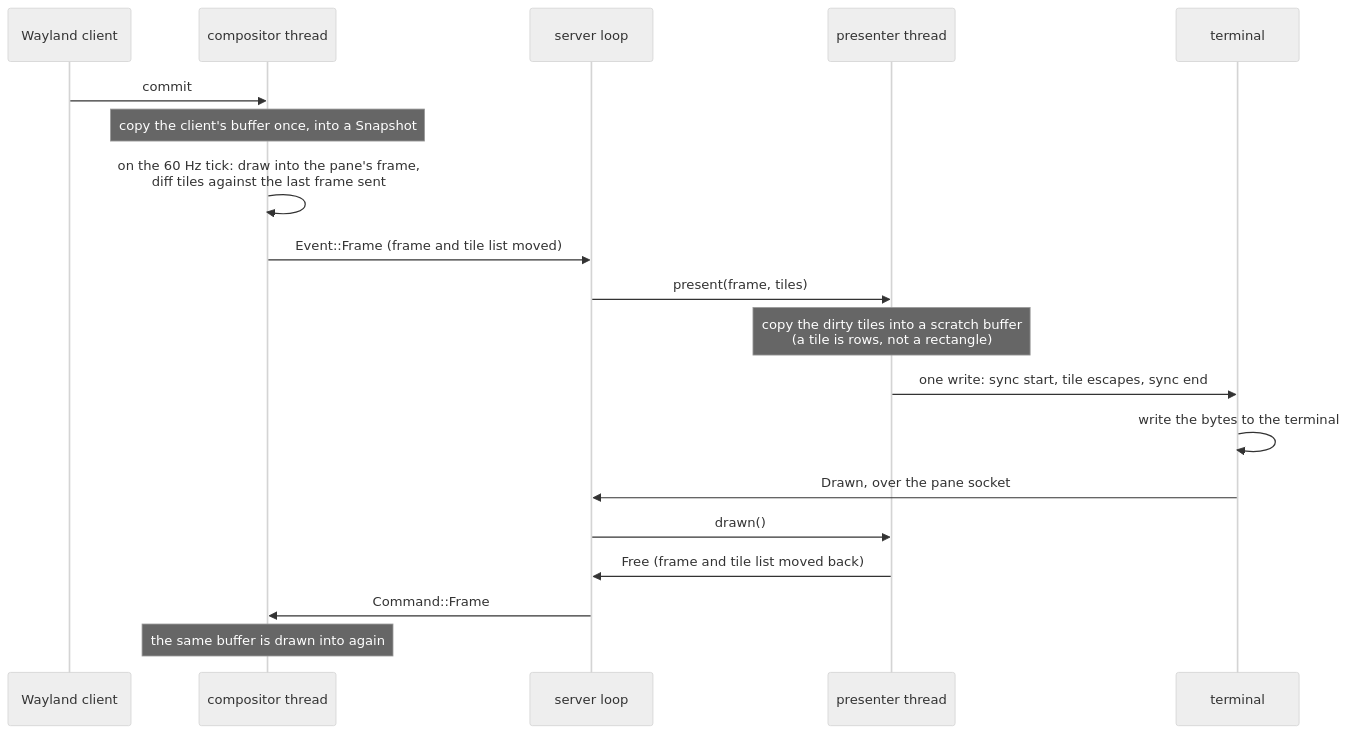
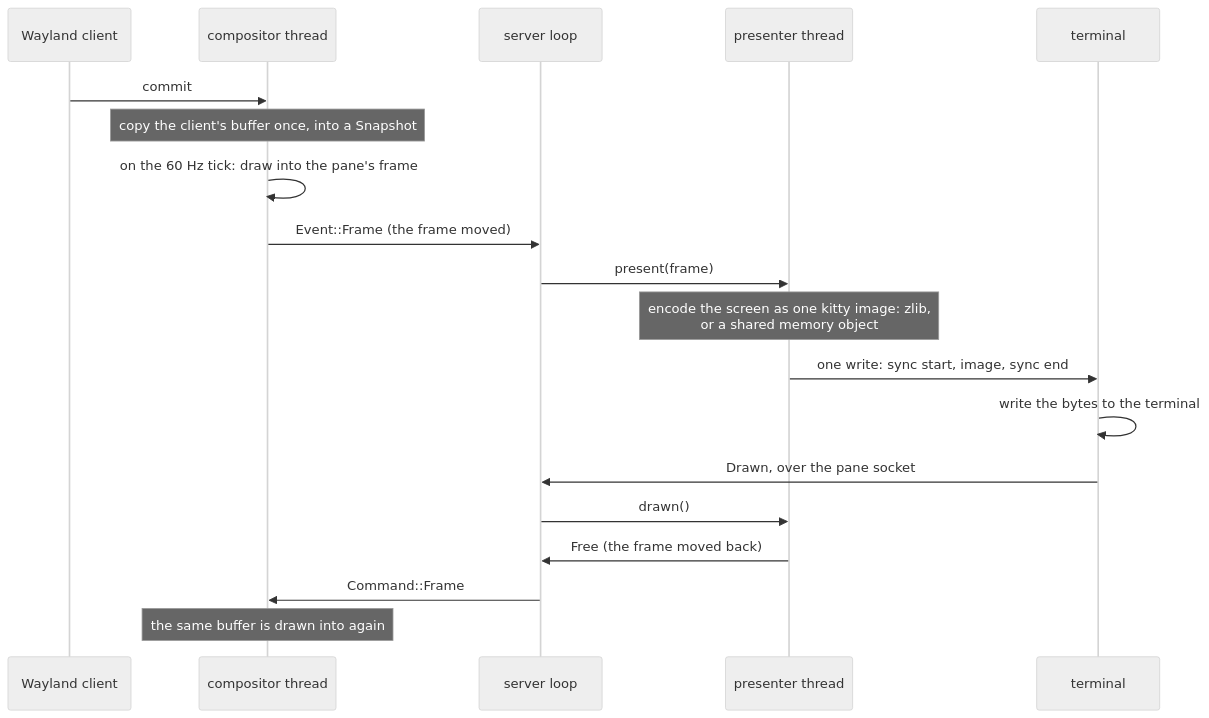
One commit to vidhanio/meowland changed the second of 4 diagrams in readme.md. Above: the diagram before and after it, drawn with Mermaid (neutral theme). The commit also changed other lines of this file and 13 other files, not shown here.

````diff
--- a/readme.md
+++ b/readme.md
@@ -51,22 +51,22 @@
 ```mermaid
 sequenceDiagram
     participant W as Wayland client
     participant C as compositor thread
     participant S as server loop
     participant P as presenter thread
     participant T as terminal
 
     W->>C: commit
     Note over C: copy the client's buffer once, into a Snapshot
-    C->>C: on the 60 Hz tick: draw into the pane's frame,<br/>diff tiles against the last frame sent
-    C->>S: Event::Frame (frame and tile list moved)
-    S->>P: present(frame, tiles)
-    Note over P: copy the dirty tiles into a scratch buffer<br/>(a tile is rows, not a rectangle)
-    P->>T: one write: sync start, tile escapes, sync end
+    C->>C: on the 60 Hz tick: draw into the pane's frame
+    C->>S: Event::Frame (the frame moved)
+    S->>P: present(frame)
+    Note over P: encode the screen as one kitty image: zlib,<br/>or a shared memory object
+    P->>T: one write: sync start, image, sync end
     T->>T: write the bytes to the terminal
     T->>S: Drawn, over the pane socket
     S->>P: drawn()
-    P->>S: Free (frame and tile list moved back)
+    P->>S: Free (the frame moved back)
     S->>C: Command::Frame
     Note over C: the same buffer is drawn into again
 ```
````
